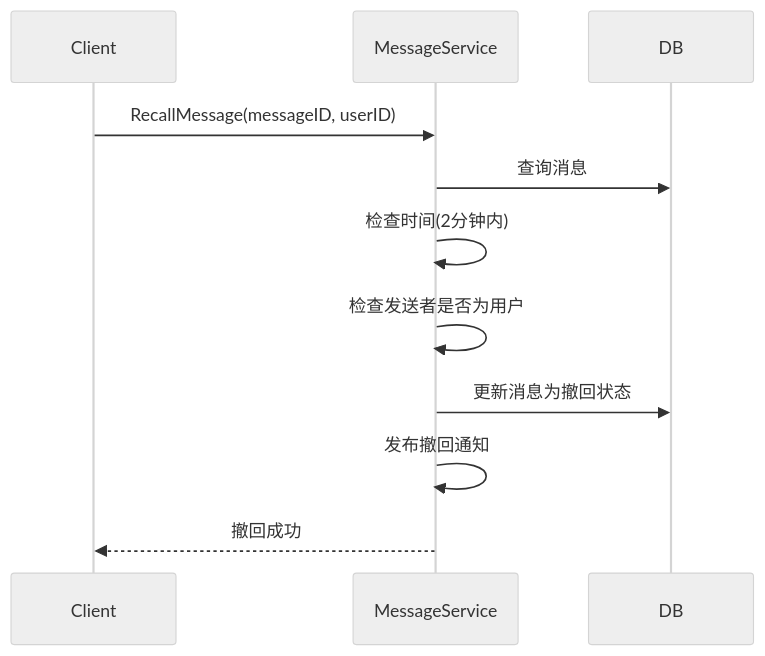
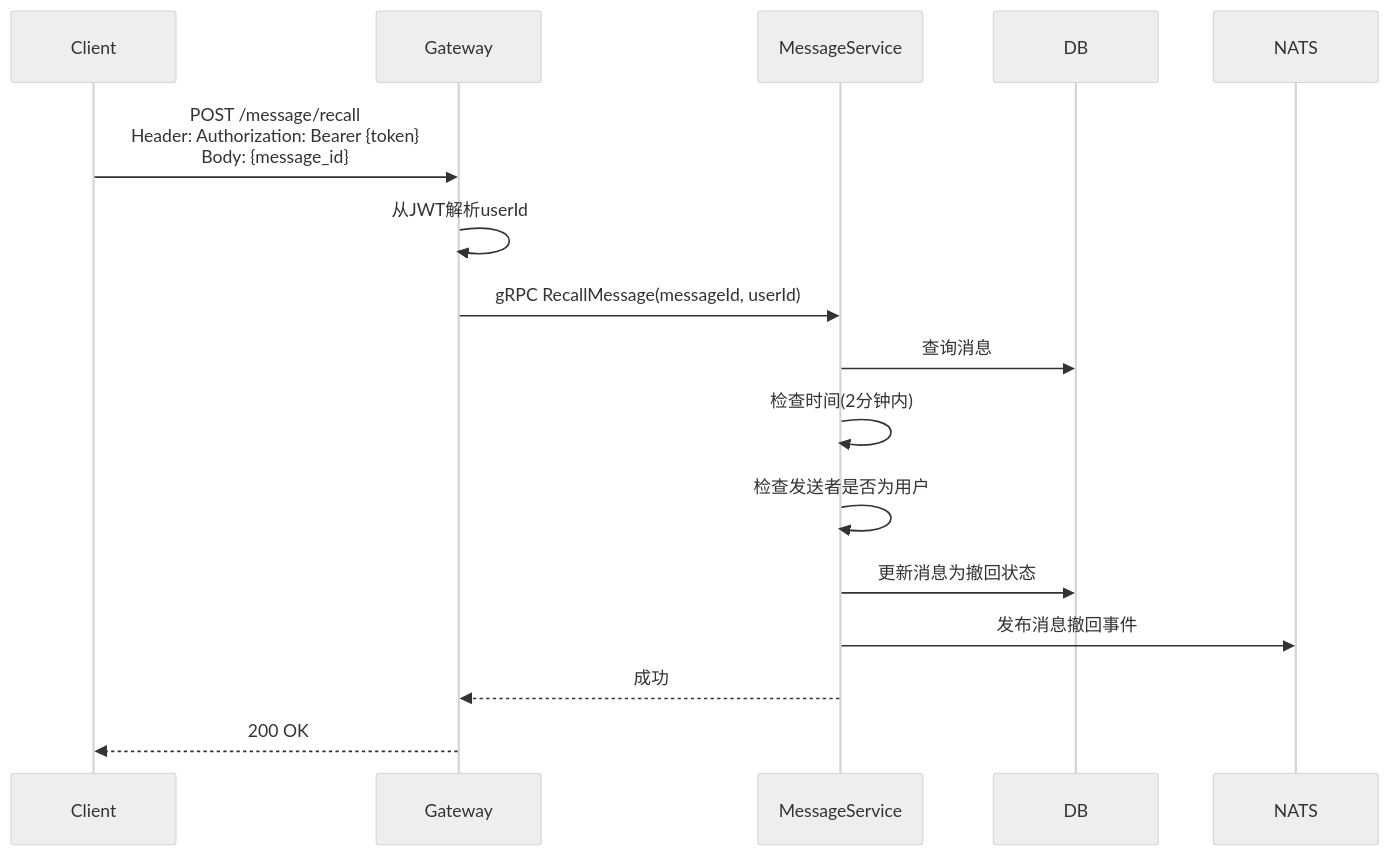
The first of 2 diagrams in docs/design/message/recall.md (yzhgit/anychat-server), drawn with Mermaid (neutral theme) before and after one commit. The commit also changed other lines of this file and 30 other files, not shown here.

First line of the commit message:
docs: 更新设计文档时序图，添加Gateway和NATS参与者

````diff
--- a/docs/design/message/recall.md
+++ b/docs/design/message/recall.md
@@ -16,14 +16,19 @@
 ```mermaid
 sequenceDiagram
     participant Client
+    participant Gateway
     participant MessageService
     participant DB
+    participant NATS
 
-    Client->>MessageService: RecallMessage(messageID, userID)
+    Client->>Gateway: POST /message/recall<br/>Header: Authorization: Bearer {token}<br/>Body: {message_id}
+    Gateway->>Gateway: 从JWT解析userId
+    Gateway->>MessageService: gRPC RecallMessage(messageId, userId)
     MessageService->>DB: 查询消息
     MessageService->>MessageService: 检查时间(2分钟内)
     MessageService->>MessageService: 检查发送者是否为用户
     MessageService->>DB: 更新消息为撤回状态
-    MessageService->>MessageService: 发布撤回通知
-    MessageService-->>Client: 撤回成功
+    MessageService->>NATS: 发布消息撤回事件
+    MessageService-->>Gateway: 成功
+    Gateway-->>Client: 200 OK
 ```
````
